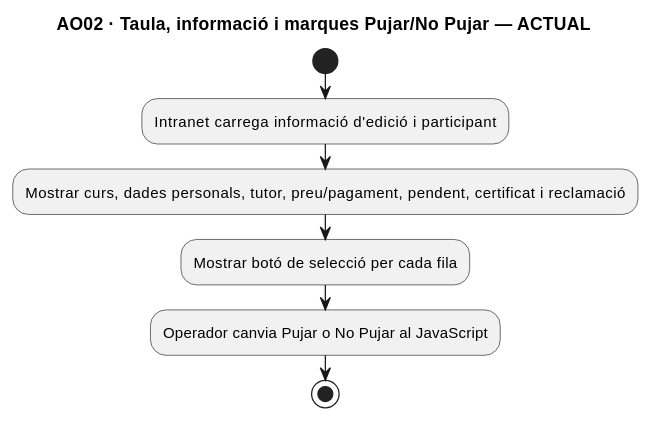
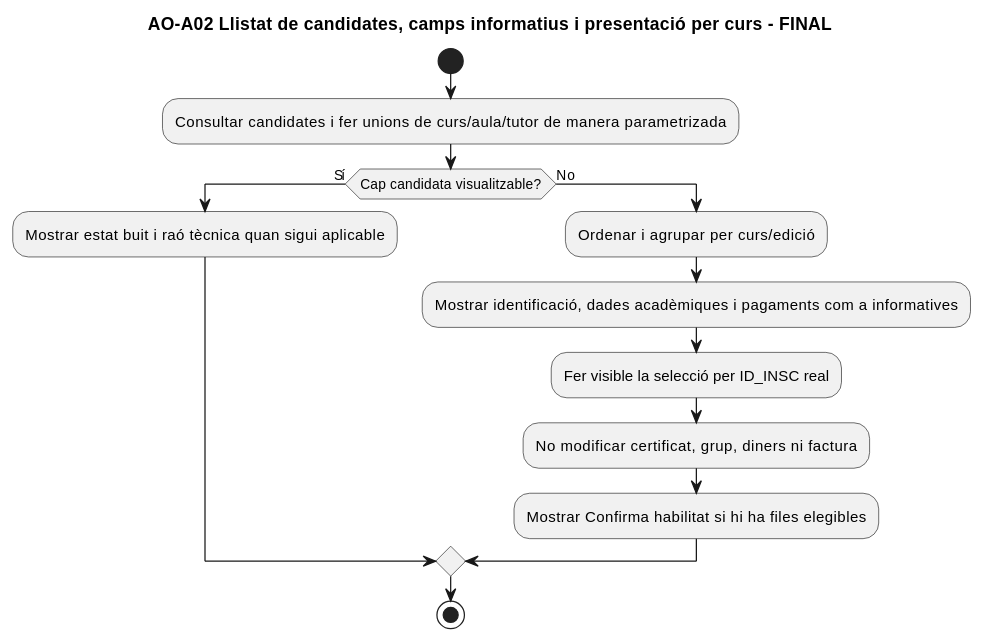
Before and after one commit to orgmeriemprismacat-del/verifactu: the sixth of 20 diagrams in documentacio/07-uml-integrat/uc-moodle-aules-obertes-fitxa-activitats.md, drawn with PlantUML. The commit also changed other lines of this file, not shown here.

Commit message:
docs: complete exact open-class URL with full functional UML, 16 actual/final page and section activity diagrams

````diff
--- a/documentacio/07-uml-integrat/uc-moodle-aules-obertes-fitxa-activitats.md
+++ b/documentacio/07-uml-integrat/uc-moodle-aules-obertes-fitxa-activitats.md
@@ -164,11 +210,17 @@
 ```plantuml
 @startuml
-title AO02 · Taula, informació i marques Pujar/No Pujar — ACTUAL
+title AO-A02 Llistat de candidates, camps informatius i presentació per curs - FINAL
 start
-:Intranet carrega informació d'edició i participant;
-:Mostrar curs, dades personals, tutor, preu/pagament, pendent, certificat i reclamació;
-:Mostrar botó de selecció per cada fila;
-:Operador canvia Pujar o No Pujar al JavaScript;
+:Consultar candidates i fer unions de curs/aula/tutor de manera parametrizada;
+if (Cap candidata visualitzable?) then (Sí)
+ :Mostrar estat buit i raó tècnica quan sigui aplicable;
+else (No)
+ :Ordenar i agrupar per curs/edició;
+ :Mostrar identificació, dades acadèmiques i pagaments com a informatives;
+ :Fer visible la selecció per ID_INSC real;
+ :No modificar certificat, grup, diners ni factura;
+ :Mostrar Confirma habilitat si hi ha files elegibles;
+endif
 stop
 @enduml
 ```
````
